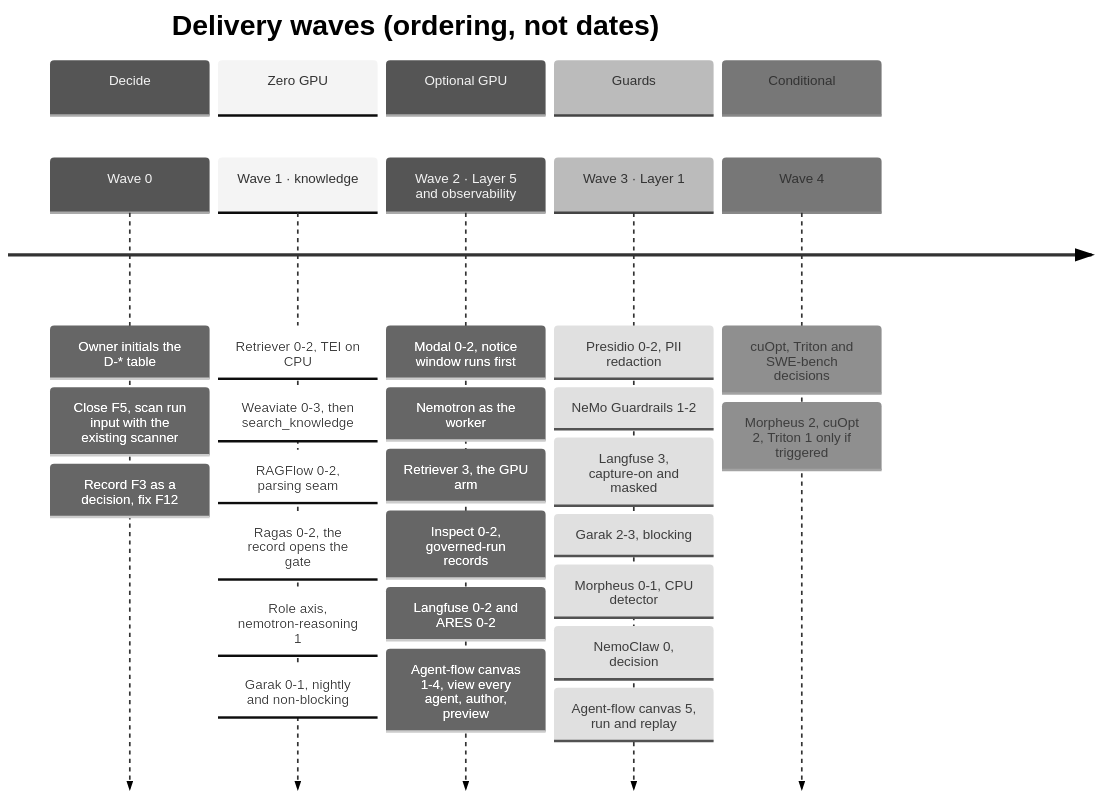
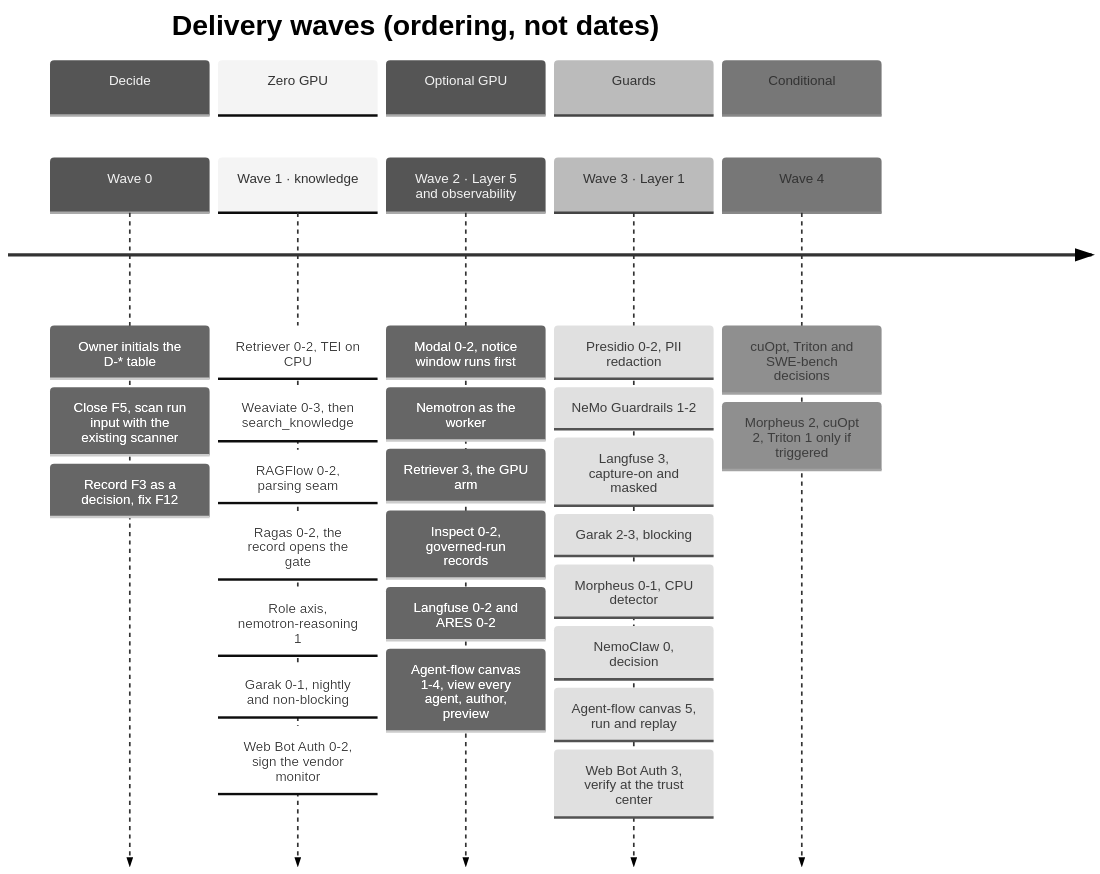
Before and after one commit to RodnaPamet/inflect-compliance: the third of 5 diagrams in docs/ai-architecture-roadmap.md, drawn with Mermaid (neutral theme). The commit also changed other lines of this file and 3 other files, not shown here.

````diff
--- a/docs/ai-architecture-roadmap.md
+++ b/docs/ai-architecture-roadmap.md
@@ -427,33 +439,35 @@
 ```mermaid
 timeline
   title Delivery waves (ordering, not dates)
   section Decide
     Wave 0 : Owner initials the D-* table
            : Close F5, scan run input with the existing scanner
            : Record F3 as a decision, fix F12
   section Zero GPU
     Wave 1 · knowledge : Retriever 0-2, TEI on CPU
                        : Weaviate 0-3, then search_knowledge
                        : RAGFlow 0-2, parsing seam
                        : Ragas 0-2, the record opens the gate
                        : Role axis, nemotron-reasoning 1
                        : Garak 0-1, nightly and non-blocking
+                       : Web Bot Auth 0-2, sign the vendor monitor
   section Optional GPU
     Wave 2 · Layer 5 and observability : Modal 0-2, notice window runs first
                                        : Nemotron as the worker
                                        : Retriever 3, the GPU arm
                                        : Inspect 0-2, governed-run records
                                        : Langfuse 0-2 and ARES 0-2
                                        : Agent-flow canvas 1-4, view every agent, author, preview
   section Guards
     Wave 3 · Layer 1 : Presidio 0-2, PII redaction
                      : NeMo Guardrails 1-2
                      : Langfuse 3, capture-on and masked
                      : Garak 2-3, blocking
                      : Morpheus 0-1, CPU detector
                      : NemoClaw 0, decision
                      : Agent-flow canvas 5, run and replay
+                     : Web Bot Auth 3, verify at the trust center
   section Conditional
     Wave 4 : cuOpt, Triton and SWE-bench decisions
            : Morpheus 2, cuOpt 2, Triton 1 only if triggered
 ```
````
